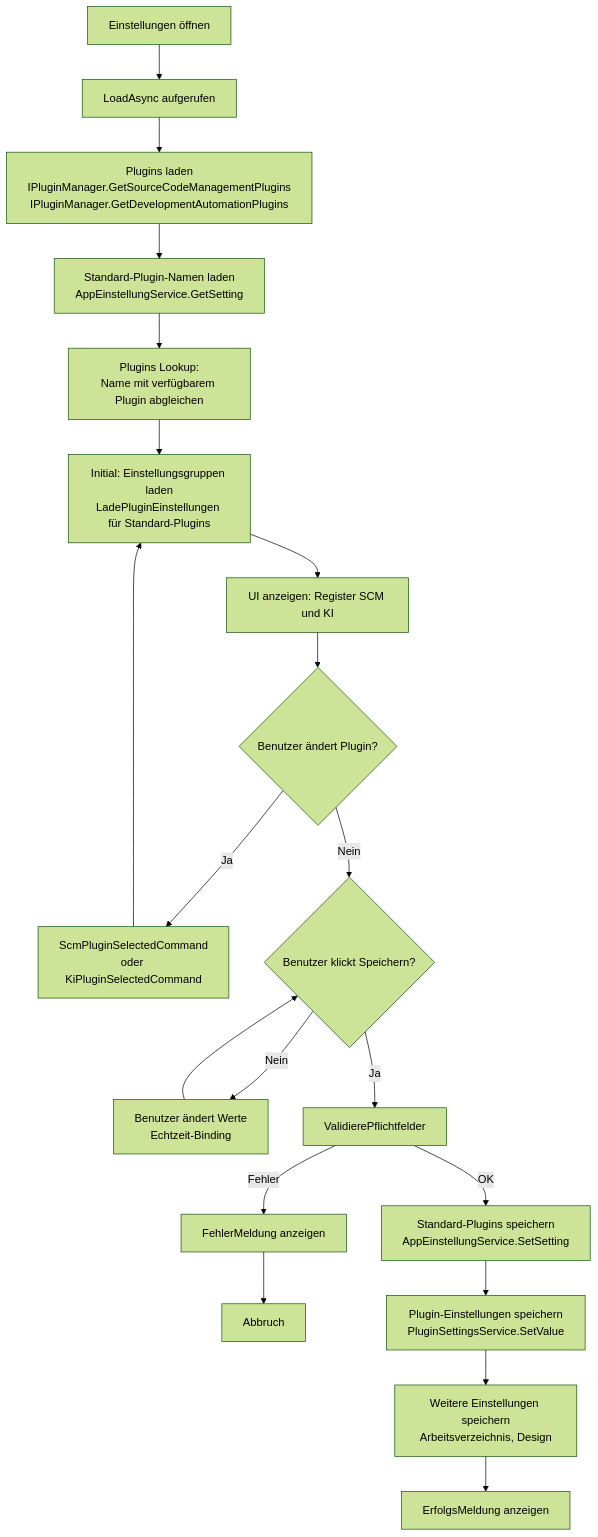
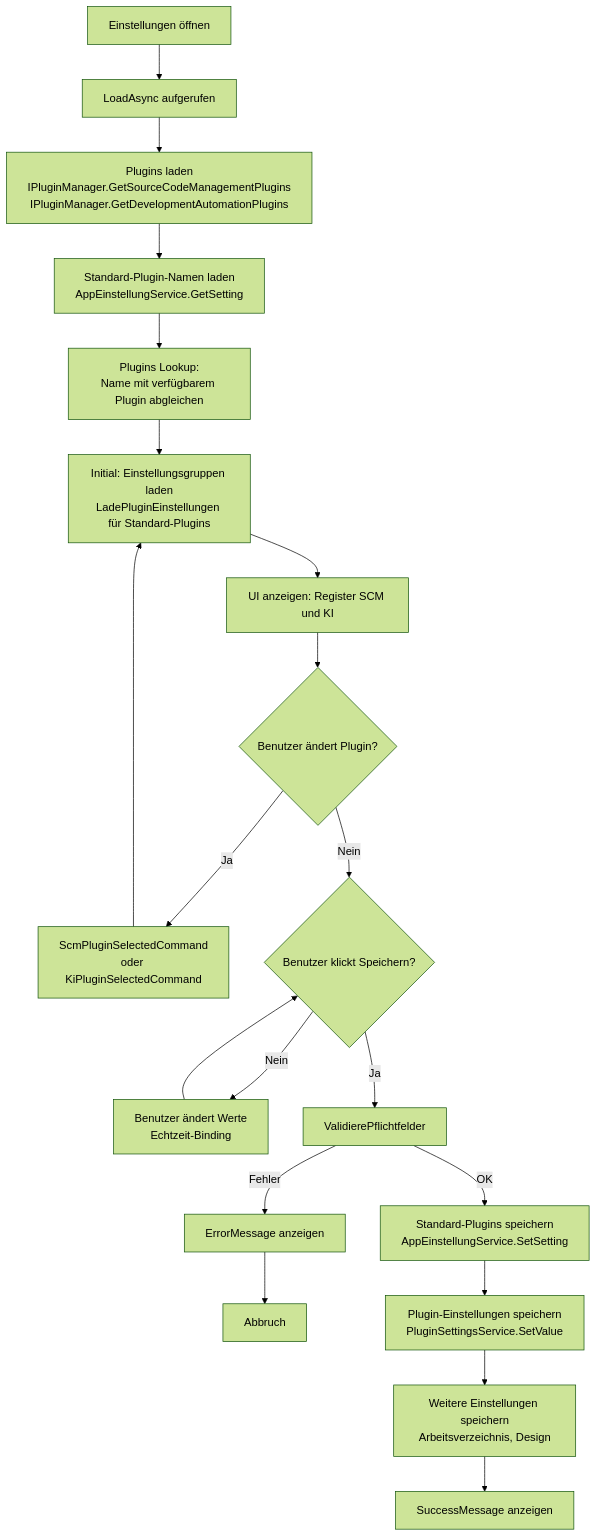
One commit to martin-stromberg/Softwareschmiede changed the diagram in docs/help/einstellungen/ablauf-technisch.md. Above: the diagram before and after it, drawn with Mermaid (forest theme). The commit also changed other lines of this file and 139 other files, not shown here.

````diff
--- a/docs/help/einstellungen/ablauf-technisch.md
+++ b/docs/help/einstellungen/ablauf-technisch.md
@@ -140,22 +140,22 @@
 ```mermaid
 flowchart TD
     A[Einstellungen öffnen] --> B[LoadAsync aufgerufen]
     B --> C[Plugins laden<br/>IPluginManager.GetSourceCodeManagementPlugins<br/>IPluginManager.GetDevelopmentAutomationPlugins]
     C --> D[Standard-Plugin-Namen laden<br/>AppEinstellungService.GetSetting]
     D --> E[Plugins Lookup:<br/>Name mit verfügbarem Plugin abgleichen]
     E --> F[Initial: Einstellungsgruppen laden<br/>LadePluginEinstellungen für Standard-Plugins]
     F --> G[UI anzeigen: Register SCM und KI]
     G --> H{Benutzer ändert Plugin?}
     H -->|Ja| I[ScmPluginSelectedCommand<br/>oder KiPluginSelectedCommand]
     I --> F
     H -->|Nein| J{Benutzer klickt Speichern?}
     J -->|Nein| K[Benutzer ändert Werte<br/>Echtzeit-Binding]
     K --> J
     J -->|Ja| L[ValidierePflichtfelder]
-    L -->|Fehler| M[FehlerMeldung anzeigen]
+    L -->|Fehler| M[ErrorMessage anzeigen]
     M --> N[Abbruch]
     L -->|OK| O[Standard-Plugins speichern<br/>AppEinstellungService.SetSetting]
     O --> P[Plugin-Einstellungen speichern<br/>PluginSettingsService.SetValue]
     P --> Q[Weitere Einstellungen speichern<br/>Arbeitsverzeichnis, Design]
-    Q --> R[ErfolgsMeldung anzeigen]
+    Q --> R[SuccessMessage anzeigen]
 ```
````
